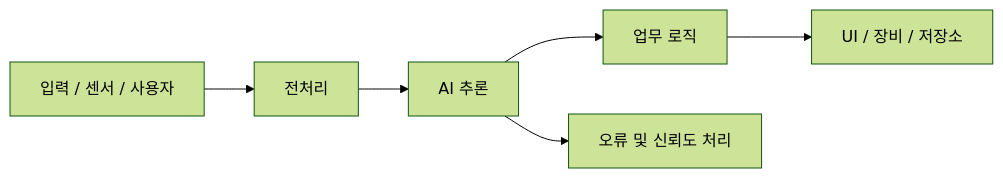
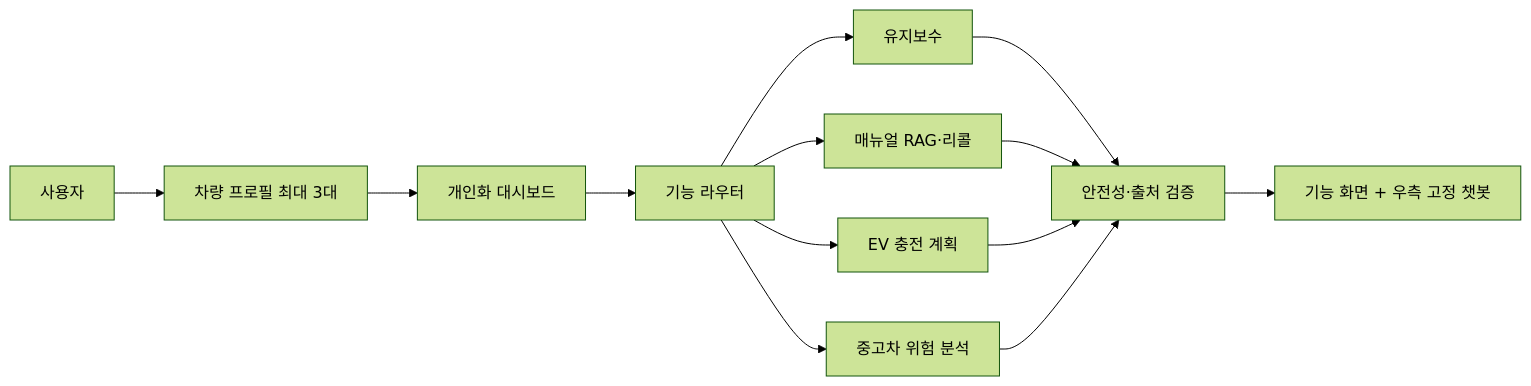
One commit to KIMDOHONG/auto-progress-squad changed the diagram in docs/architecture.md. Above: the diagram before and after it, drawn with Mermaid (forest theme). The commit also changed other lines of this file, not shown here.

````diff
--- a/docs/architecture.md
+++ b/docs/architecture.md
@@ -14,8 +9,15 @@
 ```mermaid
 flowchart LR
-    A[입력 / 센서 / 사용자] --> B[전처리]
-    B --> C[AI 추론]
-    C --> D[업무 로직]
-    D --> E[UI / 장비 / 저장소]
-    C --> F[오류 및 신뢰도 처리]
+    U[사용자] --> P[차량 프로필 최대 3대]
+    P --> D[개인화 대시보드]
+    D --> R[기능 라우터]
+    R --> M[유지보수]
+    R --> K[매뉴얼 RAG·리콜]
+    R --> E[EV 충전 계획]
+    R --> C[중고차 위험 분석]
+    M --> S[안전성·출처 검증]
+    K --> S
+    E --> S
+    C --> S
+    S --> UI[기능 화면 + 우측 고정 챗봇]
 ```
````
